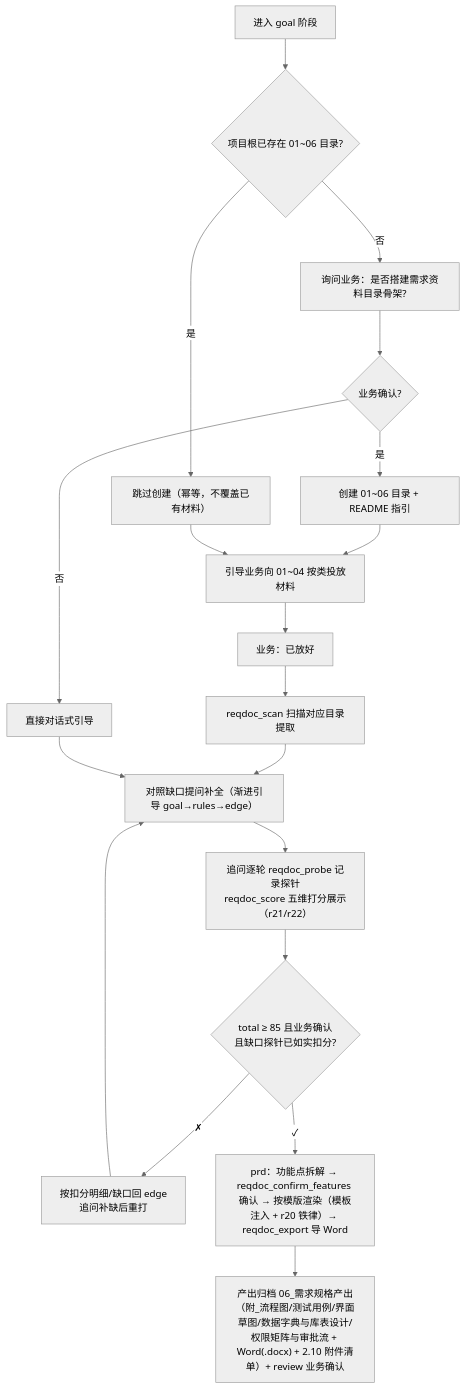
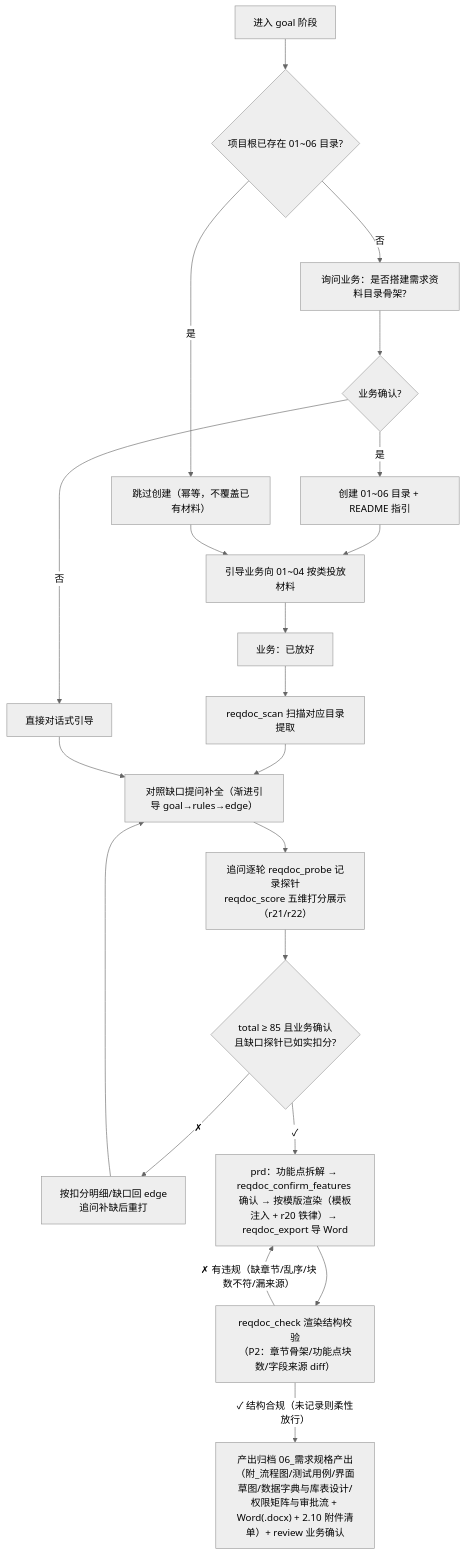
One commit to wonglaitung/opencode changed diagram 17 of 19 in opencode-session-mgmt/docs/session-management.md. Above: the diagram before and after it, drawn with Mermaid (neutral theme). The commit also changed other lines of this file and 1 other file, not shown here.

First line of the commit message:
docs(reqdoc): P2 渲染可测化文档同步——r23/r24 规则、7.5 门禁图、13.x 场景与落地记录

````diff
--- a/opencode-session-mgmt/docs/session-management.md
+++ b/opencode-session-mgmt/docs/session-management.md
@@ -1503,21 +1511,23 @@
 ```mermaid
 flowchart TD
     A["进入 goal 阶段"] --> B{"项目根已存在 01~06 目录?"}
     B -- "否" --> C["询问业务：是否搭建需求资料目录骨架?"]
     C --> D{"业务确认?"}
     D -- "是" --> E["创建 01~06 目录 + README 指引"]
     D -- "否" --> F["直接对话式引导"]
     B -- "是" --> G["跳过创建（幂等，不覆盖已有材料）"]
     E --> H["引导业务向 01~04 按类投放材料"]
     G --> H
     H --> I["业务：已放好"]
     I --> J["reqdoc_scan 扫描对应目录提取"]
     J --> K["对照缺口提问补全（渐进引导 goal→rules→edge）"]
     F --> K
     K --> S["追问逐轮 reqdoc_probe 记录探针<br/>reqdoc_score 五维打分展示（r21/r22）"]
     S --> SG{"total ≥ 85 且业务确认<br/>且缺口探针已如实扣分?"}
     SG -->|"✗"| K2["按扣分明细/缺口回 edge<br/>追问补缺后重打"]
     K2 --> K
     SG -->|"✓"| L["prd：功能点拆解 → reqdoc_confirm_features 确认 → 按模版渲染（模板注入 + r20 铁律）→ reqdoc_export 导 Word"]
-    L --> M["产出归档 06_需求规格产出（附_流程图/测试用例/界面草图/数据字典与库表设计/权限矩阵与审批流 + Word(.docx) + 2.10 附件清单）+ review 业务确认"]
+    L --> L2["reqdoc_check 渲染结构校验<br/>（P2：章节骨架/功能点块数/字段来源 diff）"]
+    L2 -->|"✗ 有违规（缺章节/乱序/块数不符/漏来源）"| L
+    L2 -->|"✓ 结构合规（未记录则柔性放行）"| M["产出归档 06_需求规格产出（附_流程图/测试用例/界面草图/数据字典与库表设计/权限矩阵与审批流 + Word(.docx) + 2.10 附件清单）+ review 业务确认"]
 ```
````
